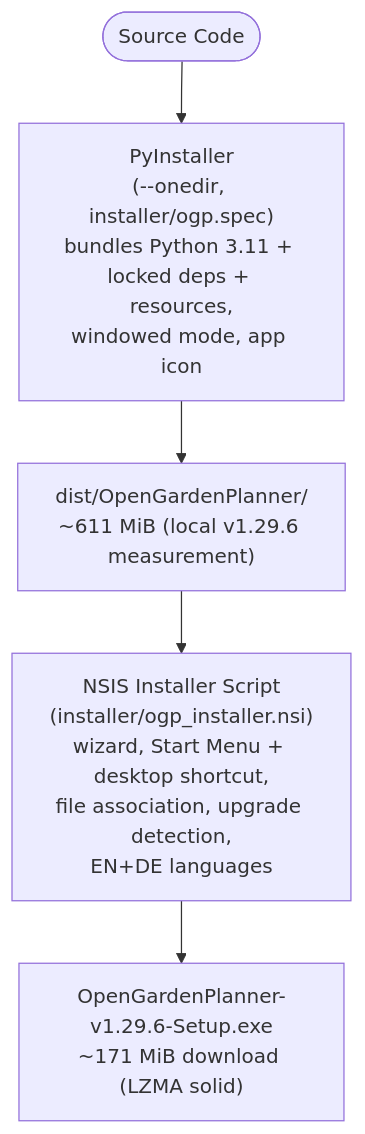
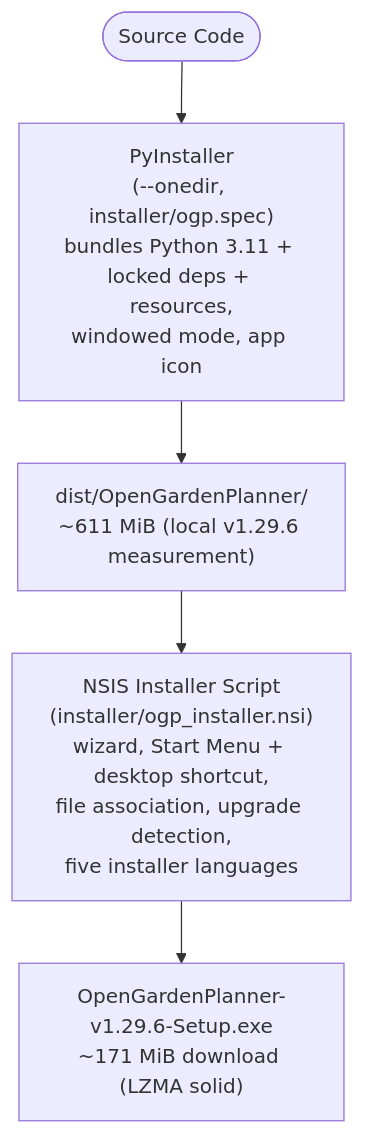
The first of 3 diagrams in docs/07-deployment-view/README.md (cofade/open-garden-planner), drawn with Mermaid before and after one commit. The commit also changed other lines of this file and 21 other files, not shown here.

````diff
--- a/docs/07-deployment-view/README.md
+++ b/docs/07-deployment-view/README.md
@@ -18,10 +18,10 @@
 ```mermaid
 flowchart TD
     Src([Source Code])
     PI["PyInstaller<br/>(--onedir, installer/ogp.spec)<br/>bundles Python 3.11 + locked deps + resources,<br/>windowed mode, app icon"]
     Bundle["dist/OpenGardenPlanner/<br/>~611 MiB (local v1.29.6 measurement)"]
-    NSIS["NSIS Installer Script<br/>(installer/ogp_installer.nsi)<br/>wizard, Start Menu + desktop shortcut,<br/>file association, upgrade detection,<br/>EN+DE languages"]
+    NSIS["NSIS Installer Script<br/>(installer/ogp_installer.nsi)<br/>wizard, Start Menu + desktop shortcut,<br/>file association, upgrade detection,<br/>five installer languages"]
     Out["OpenGardenPlanner-v1.29.6-Setup.exe<br/>~171 MiB download (LZMA solid)"]
 
     Src --> PI --> Bundle --> NSIS --> Out
 ```
````
